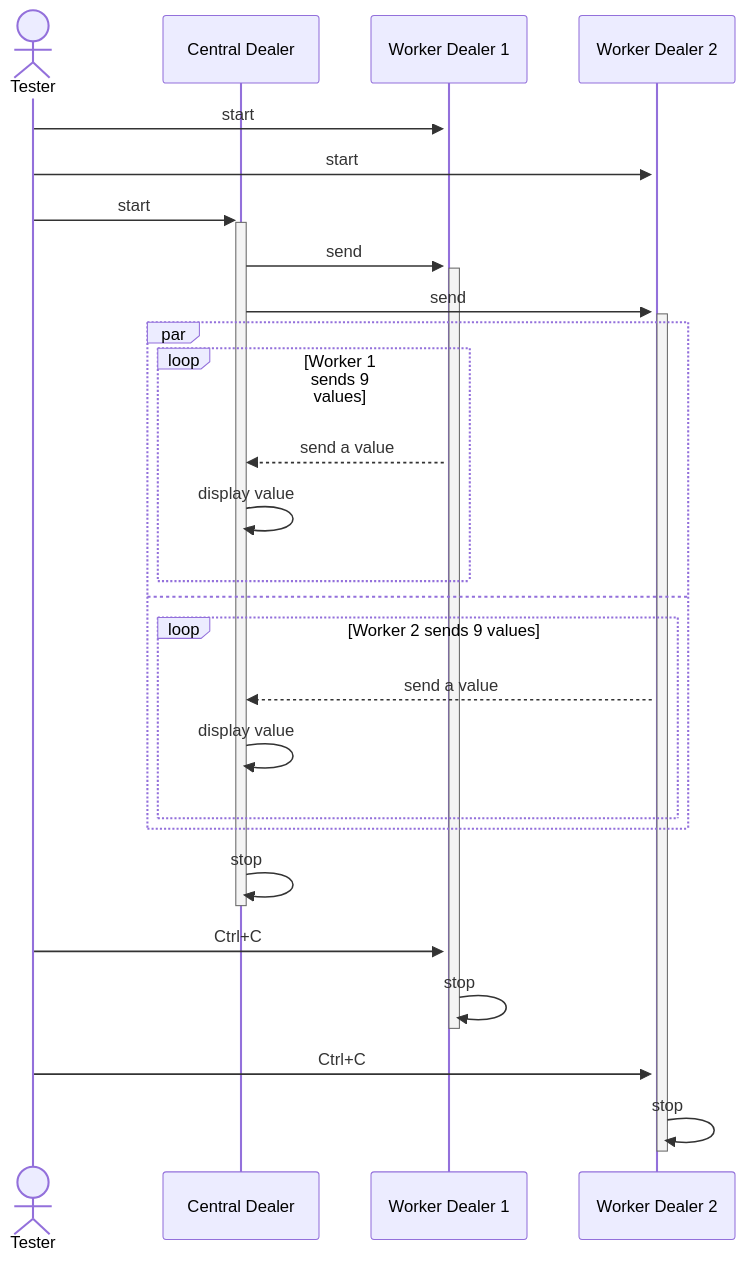
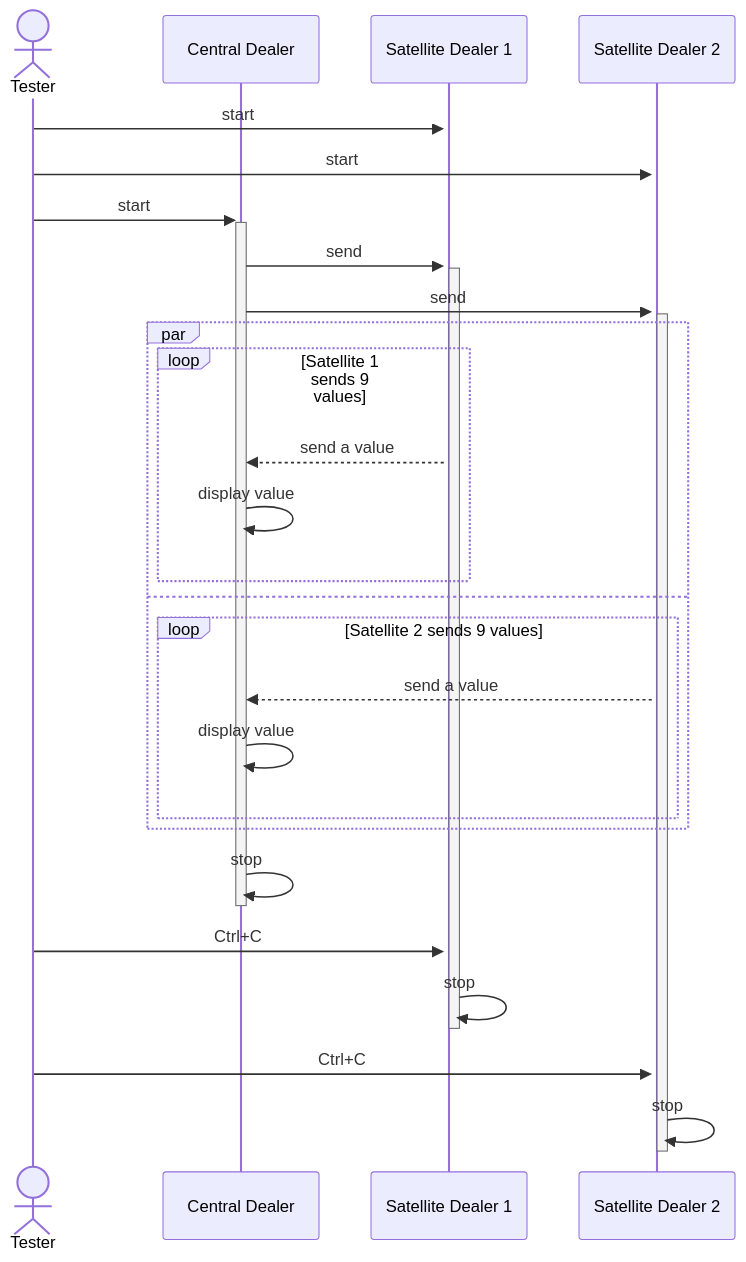
The second of 2 diagrams in zeromq/s28_dealer_to_dealer/README.md (AndreiHondrari/technologies-exploration), drawn with Mermaid before and after one commit. The commit also changed other lines of this file and 2 other files, not shown here.

Commit message:
Rename worker to satellite in zeromq s28

````diff
--- a/zeromq/s28_dealer_to_dealer/README.md
+++ b/zeromq/s28_dealer_to_dealer/README.md
@@ -33,37 +33,37 @@
 ```mermaid
 sequenceDiagram
   actor T as Tester
 
   participant X as Central Dealer
-  participant A as Worker Dealer 1
-  participant B as Worker Dealer 2
+  participant A as Satellite Dealer 1
+  participant B as Satellite Dealer 2
 
   %% initialization
   T ->>+ A : start
   T ->>+ B : start
   T ->>+ X : start
 
   %% tasks
   X ->>+ A : send
   X ->>+ B : send
 
   par
-    loop Worker 1 sends 9 values
+    loop Satellite 1 sends 9 values
       A -->> X : send a value
       X ->> X : display value
     end
   and
-    loop Worker 2 sends 9 values
+    loop Satellite 2 sends 9 values
       B -->> X : send a value
       X ->> X : display value
     end
   end
 
   X ->>- X : stop
 
   %% cleanup
   T ->> A : Ctrl+C
   A ->>- A : stop
   T ->> B : Ctrl+C
   B ->>- B : stop
 ```
````
